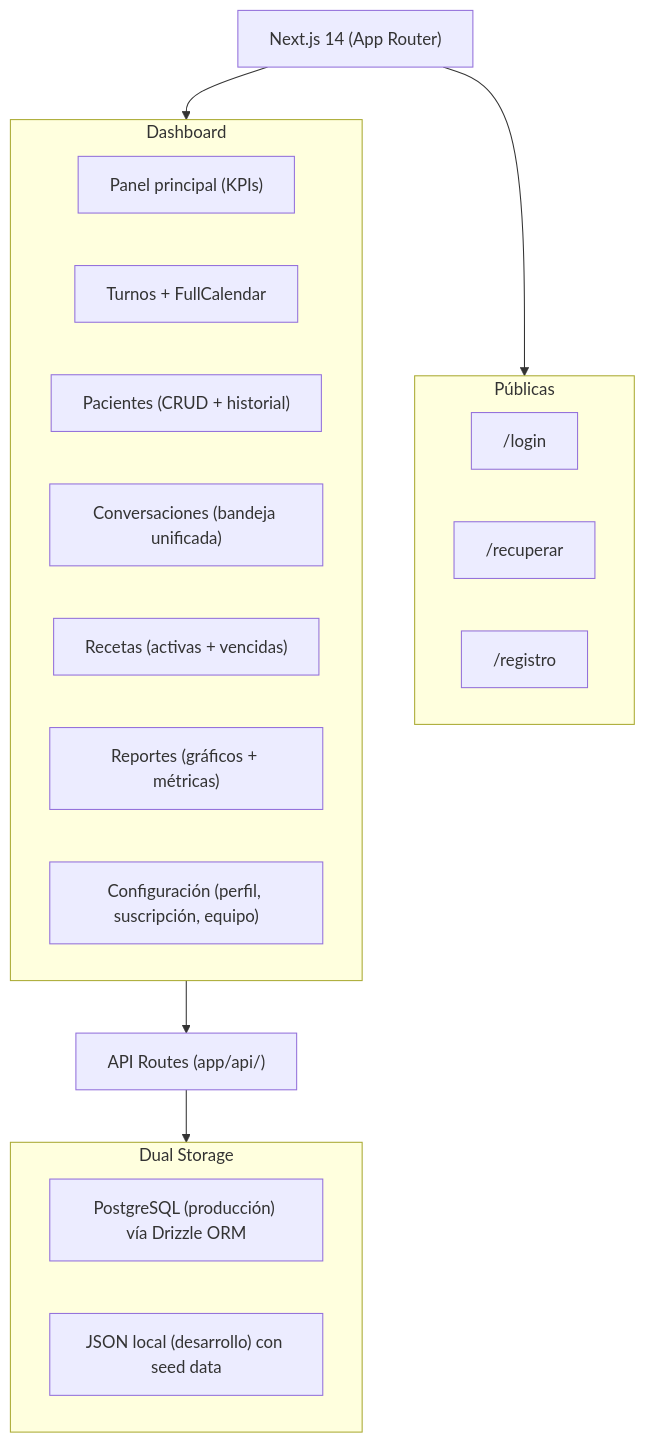
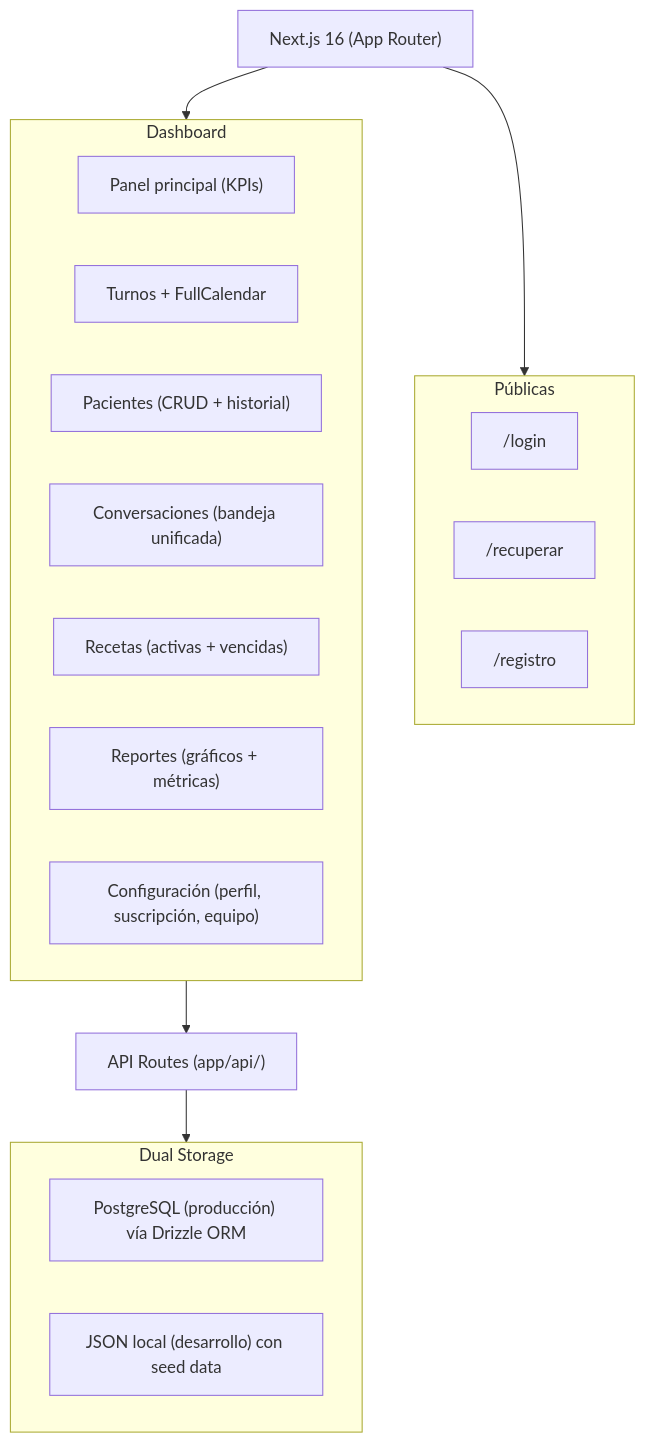
Before and after one commit to LeonardoPS1/consultorio-medico: the fifth of 8 diagrams in docs/architecture.md, drawn with Mermaid. The commit also changed other lines of this file and 51 other files, not shown here.

````diff
--- a/docs/architecture.md
+++ b/docs/architecture.md
@@ -138,29 +138,29 @@
 ```mermaid
 graph TD
-    NEXT["Next.js 14 (App Router)"] --> PUBLIC["Páginas públicas"]
+    NEXT["Next.js 16 (App Router)"] --> PUBLIC["Páginas públicas"]
     NEXT --> PRIV["Páginas protegidas dashboard/"]
 
     subgraph PUBLIC [Públicas]
         LOGIN["/login"]
         RECUP["/recuperar"]
         REG["/registro"]
     end
 
     subgraph PRIV [Dashboard]
         KPIS["Panel principal (KPIs)"]
         TURNOS["Turnos + FullCalendar"]
         PACI["Pacientes (CRUD + historial)"]
         CONV["Conversaciones (bandeja unificada)"]
         RECE["Recetas (activas + vencidas)"]
         REPORT["Reportes (gráficos + métricas)"]
         CONFIG["Configuración (perfil, suscripción, equipo)"]
     end
 
     PRIV --> API["API Routes (app/api/)"]
     API --> DB["Data Store (capa dual)"]
 
     subgraph DB [Dual Storage]
         PG["PostgreSQL (producción) vía Drizzle ORM"]
         JSON["JSON local (desarrollo) con seed data"]
     end
 ```
````
